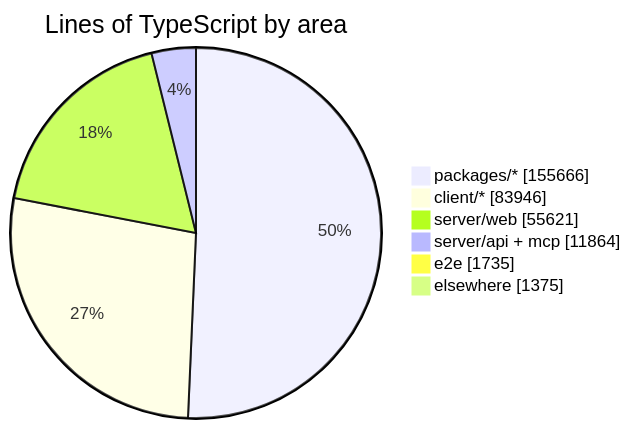
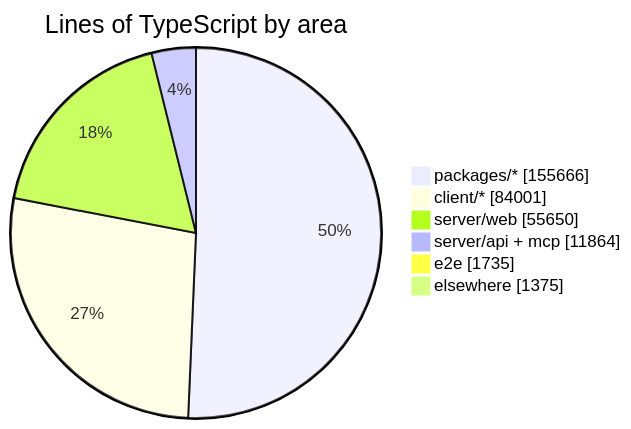
The diagram in README.md (crossworks-engineering/mantle), drawn with Mermaid before and after one commit. The commit also changed other lines of this file and 4 other files, not shown here.

````diff
--- a/README.md
+++ b/README.md
@@ -279,9 +279,9 @@
 ```mermaid
 pie showData title Lines of TypeScript by area
     "packages/*" : 155666
-    "client/*" : 83946
-    "server/web" : 55621
+    "client/*" : 84001
+    "server/web" : 55650
     "server/api + mcp" : 11864
     "e2e" : 1735
     "elsewhere" : 1375
 ```
````
